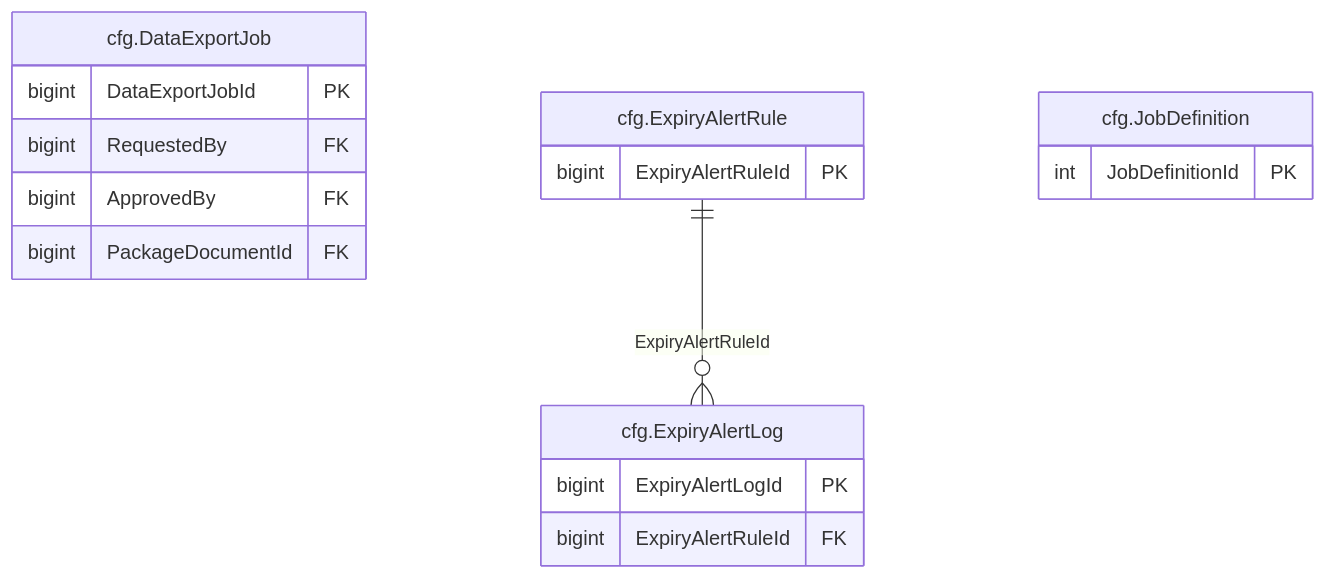
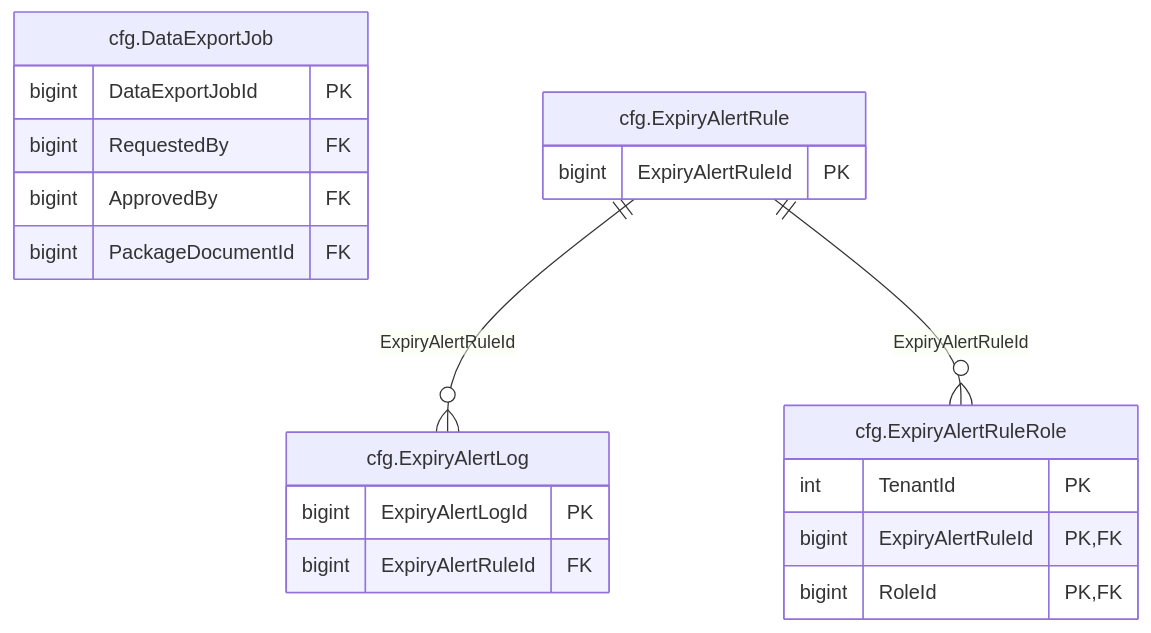
Before and after one commit to thawrasy/smartlines: the diagram in treasury-platform/docs/diagrams/erd/m0_config_1.mmd, drawn with Mermaid. The commit also changed 78 other files, not shown here.

First line of the commit message:
Design-and-ERD document and its diagrams rebuilt for the S1 entry conditions

```diff
--- a/treasury-platform/docs/diagrams/erd/m0_config_1.mmd
+++ b/treasury-platform/docs/diagrams/erd/m0_config_1.mmd
@@ -1,19 +1,22 @@
 %% م0 · الإعدادات والمهام الخلفية (1/4) — Configuration & background jobs
 erDiagram
   cfg_DataExportJob["cfg.DataExportJob"] {
     bigint DataExportJobId PK
     bigint RequestedBy FK
     bigint ApprovedBy FK
     bigint PackageDocumentId FK
   }
   cfg_ExpiryAlertLog["cfg.ExpiryAlertLog"] {
     bigint ExpiryAlertLogId PK
     bigint ExpiryAlertRuleId FK
   }
   cfg_ExpiryAlertRule["cfg.ExpiryAlertRule"] {
     bigint ExpiryAlertRuleId PK
   }
-  cfg_JobDefinition["cfg.JobDefinition"] {
-    int JobDefinitionId PK
+  cfg_ExpiryAlertRuleRole["cfg.ExpiryAlertRuleRole"] {
+    int TenantId PK
+    bigint ExpiryAlertRuleId PK, FK
+    bigint RoleId PK, FK
   }
   cfg_ExpiryAlertRule ||--o{ cfg_ExpiryAlertLog : "ExpiryAlertRuleId"
+  cfg_ExpiryAlertRule ||--o{ cfg_ExpiryAlertRuleRole : "ExpiryAlertRuleId"
```
